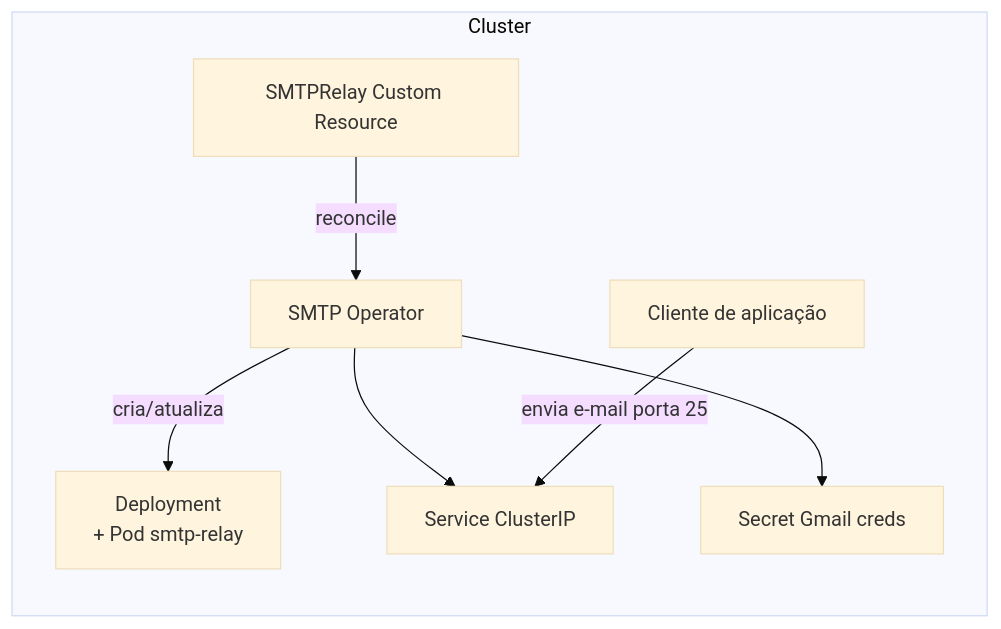
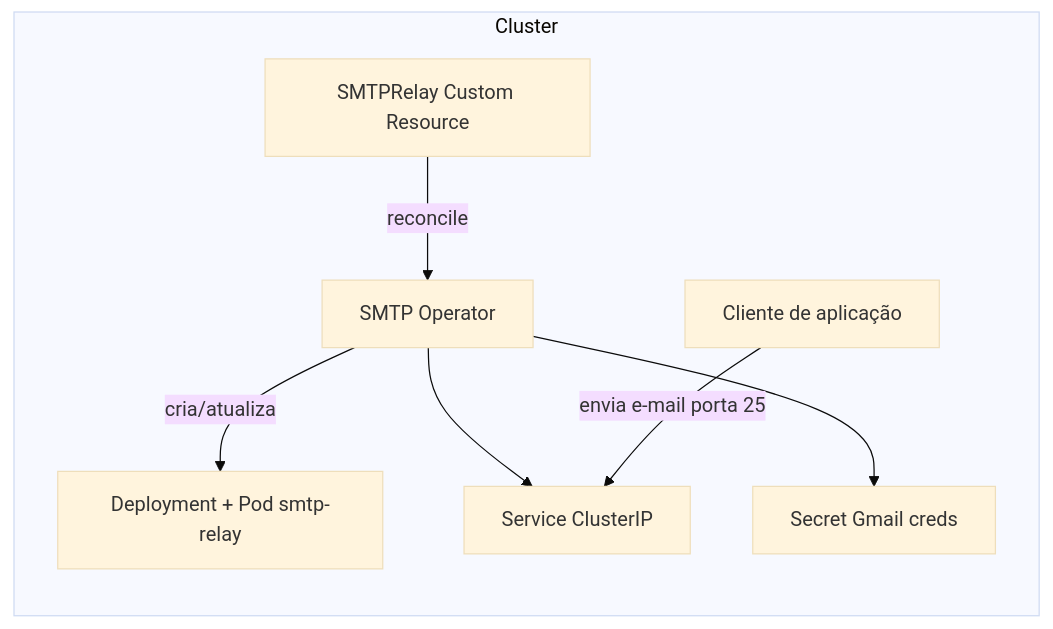
Before and after one commit to gersontpc/smtp-operator: the second of 2 diagrams in README.md, drawn with Mermaid (base theme). The commit also changed other lines of this file, not shown here.

````diff
--- a/README.md
+++ b/README.md
@@ -99,17 +99,17 @@
 ```mermaid
 flowchart LR
     subgraph Cluster
         CR[SMTPRelay Custom Resource]
         Operator[SMTP Operator]
-        Deployment[Deployment \n+ Pod smtp-relay]
+        Deployment[Deployment + Pod smtp-relay]
         Service[Service ClusterIP]
         Secret[Secret Gmail creds]
         Client[Cliente de aplicação]
     end
 
     CR -->|reconcile| Operator
     Operator -->|cria/atualiza| Deployment
     Operator --> Service
     Operator --> Secret
     Client -->|envia e-mail porta 25| Service
 ```
````
